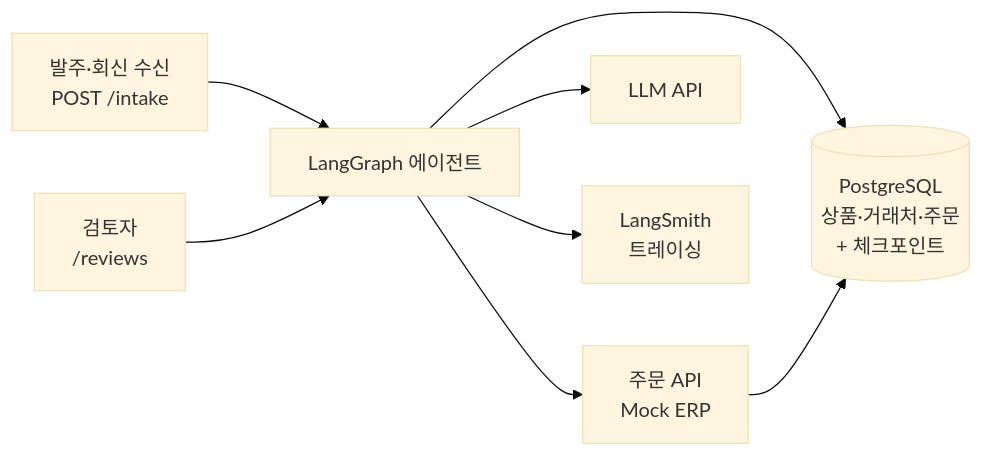
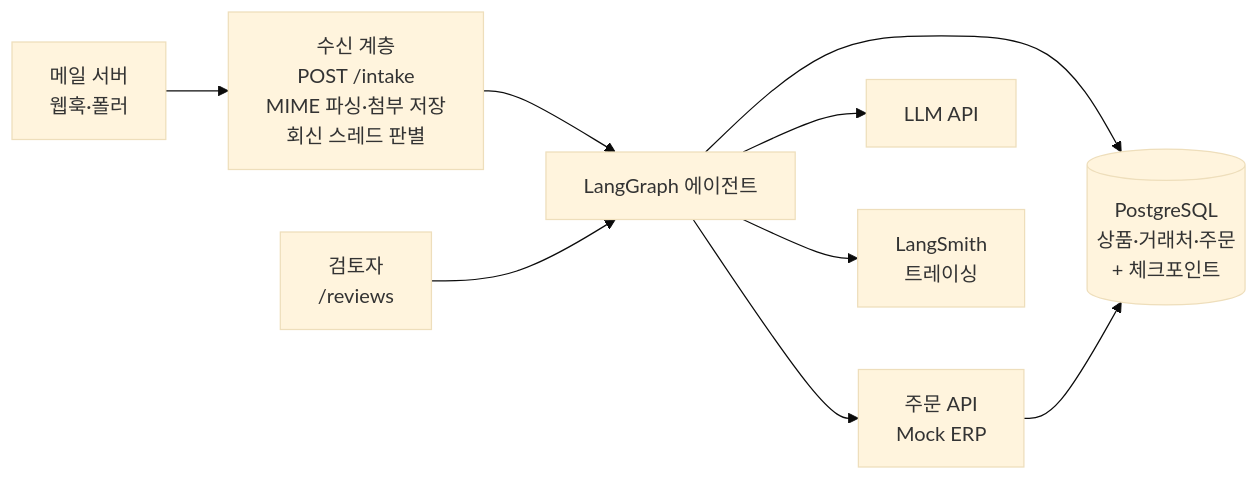
Before and after one commit to hanbonghun/order-intake-agent: the first of 2 diagrams in order-intake-agent-design.md, drawn with Mermaid (base theme). The commit also changed other lines of this file and 50 other files, not shown here.

````diff
--- a/order-intake-agent-design.md
+++ b/order-intake-agent-design.md
@@ -84,10 +84,11 @@
 ```mermaid
 flowchart LR
-    A[발주·회신 수신<br/>POST /intake] --> B[LangGraph 에이전트]
+    M[메일 서버<br/>웹훅·폴러] --> A[수신 계층<br/>POST /intake<br/>MIME 파싱·첨부 저장<br/>회신 스레드 판별]
+    A --> B[LangGraph 에이전트]
     B --> C[(PostgreSQL<br/>상품·거래처·주문<br/>+ 체크포인트)]
     B --> D[주문 API<br/>Mock ERP]
     B --> E[LLM API]
     B --> F[LangSmith<br/>트레이싱]
     D --> C
     G[검토자<br/>/reviews] --> B
 ```
````
